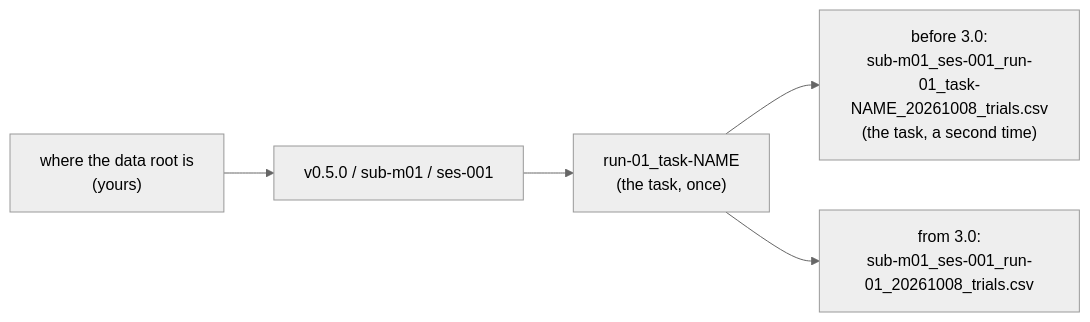
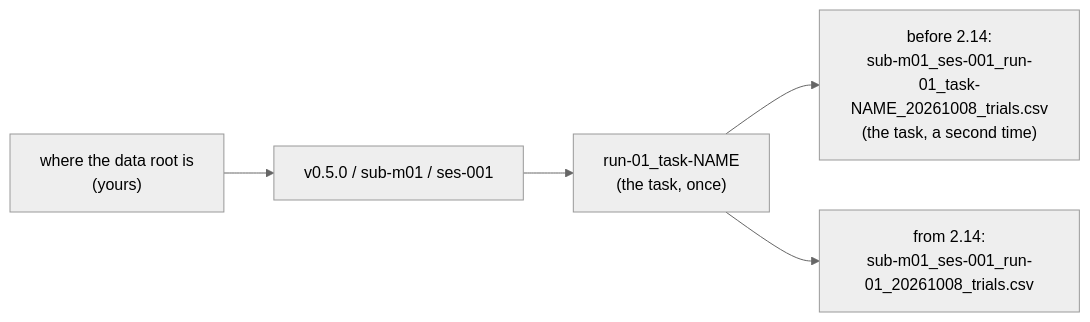
Before and after one commit to sh4r11f/alhazen: the second of 2 diagrams in docs/data.md, drawn with Mermaid (neutral theme). The commit also changed other lines of this file and 5 other files, not shown here.

````diff
--- a/docs/data.md
+++ b/docs/data.md
@@ -344,7 +344,7 @@
 ```mermaid
 graph LR
     A["where the data root is<br/>(yours)"] --> B["v0.5.0 / sub-m01 / ses-001"]
     B --> C["run-01_task-NAME<br/>(the task, once)"]
-    C --> D["before 3.0:<br/>sub-m01_ses-001_run-01_task-NAME_20261008_trials.csv<br/>(the task, a second time)"]
-    C --> E["from 3.0:<br/>sub-m01_ses-001_run-01_20261008_trials.csv"]
+    C --> D["before 2.14:<br/>sub-m01_ses-001_run-01_task-NAME_20261008_trials.csv<br/>(the task, a second time)"]
+    C --> E["from 2.14:<br/>sub-m01_ses-001_run-01_20261008_trials.csv"]
 ```
````
